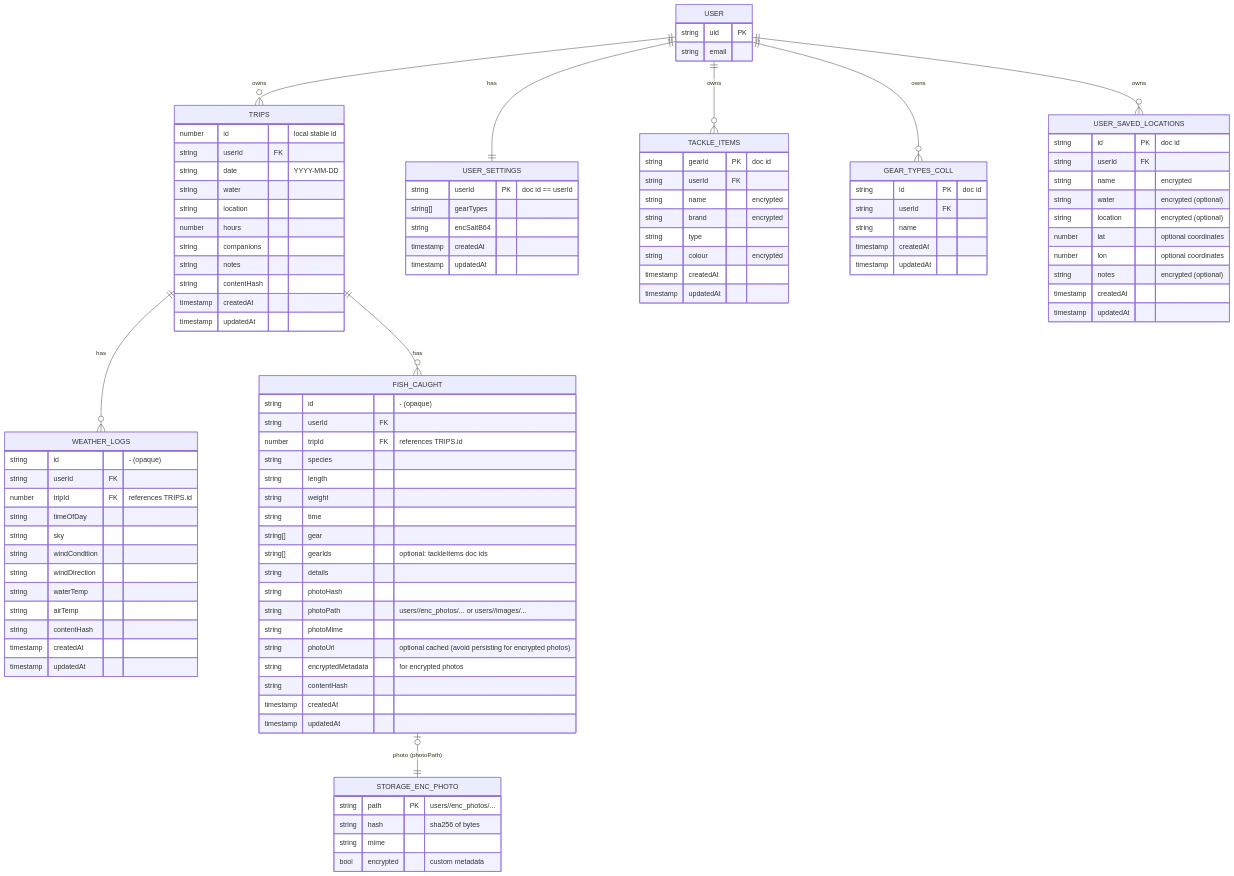
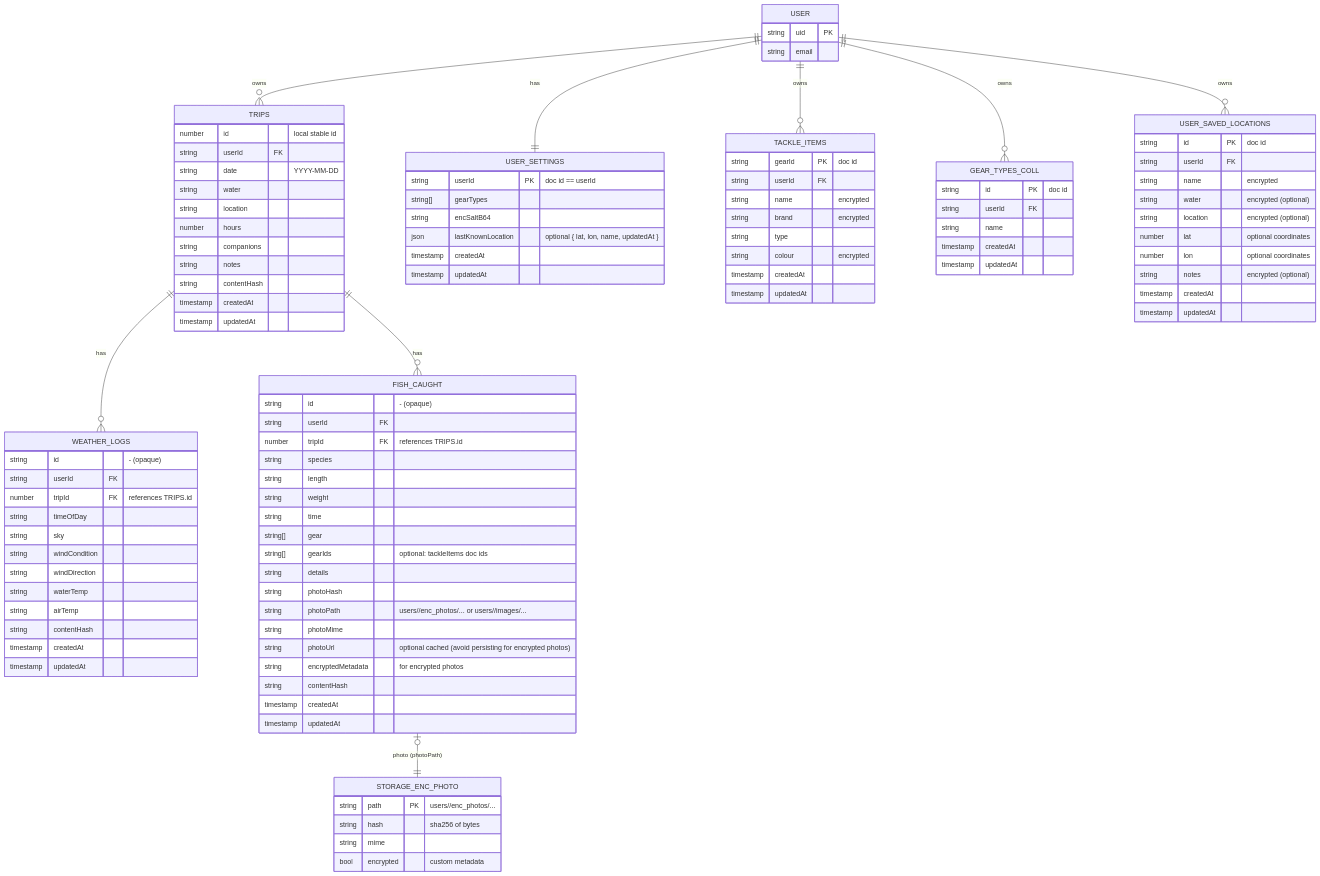
One commit to kerry-davis/maori-fishing-calendar-react changed the first of 4 diagrams in docs/architecture/DATA_MODEL.md. Above: the diagram before and after it, drawn with Mermaid. The commit also changed other lines of this file and 3 other files, not shown here.

```diff
--- a/docs/architecture/DATA_MODEL.md
+++ b/docs/architecture/DATA_MODEL.md
@@ -37,6 +37,7 @@
     string userId PK  "doc id == userId"
     string[] gearTypes
     string encSaltB64
+    json lastKnownLocation "optional { lat, lon, name, updatedAt }"
     timestamp createdAt
     timestamp updatedAt
   }
```
